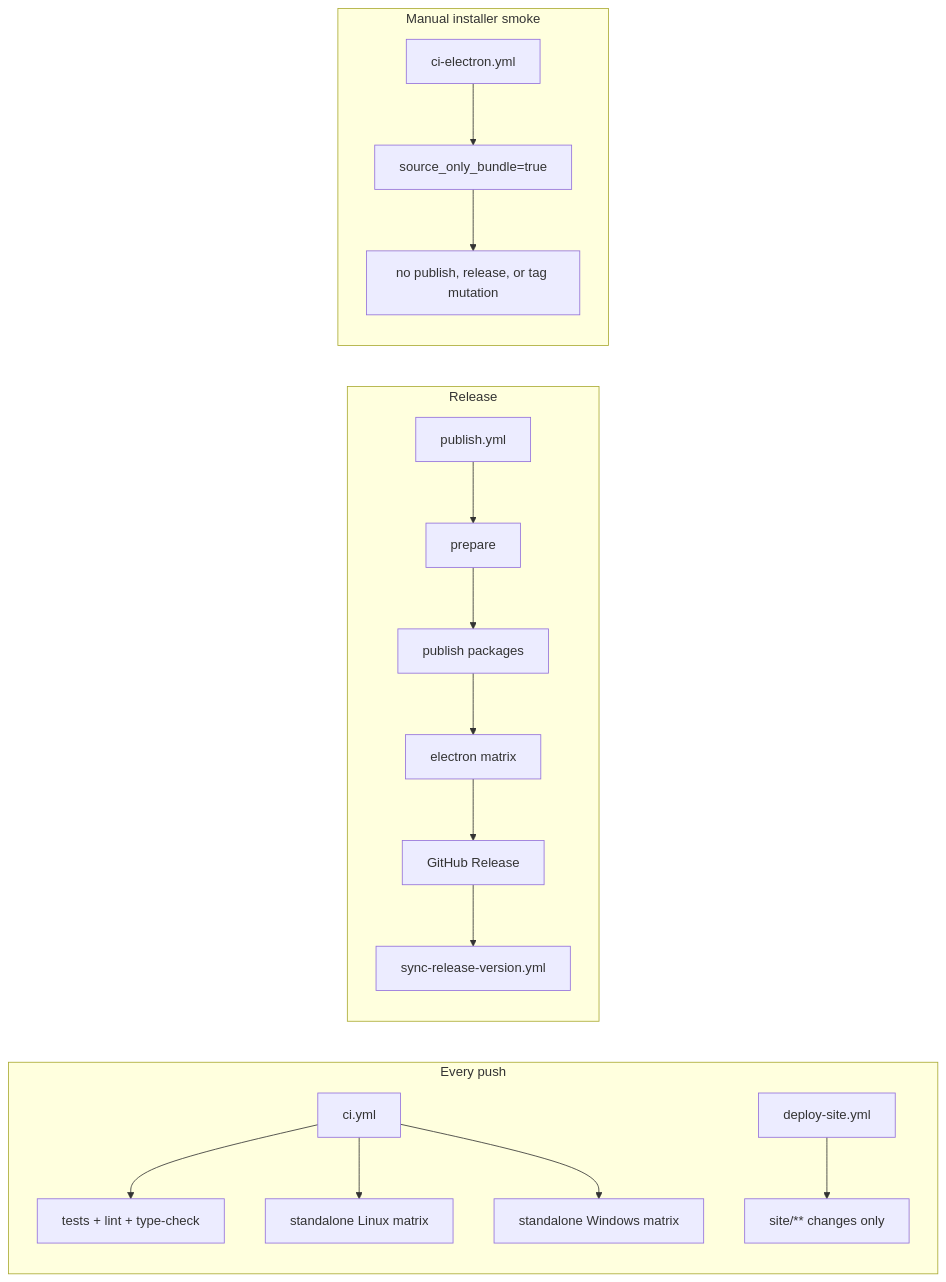
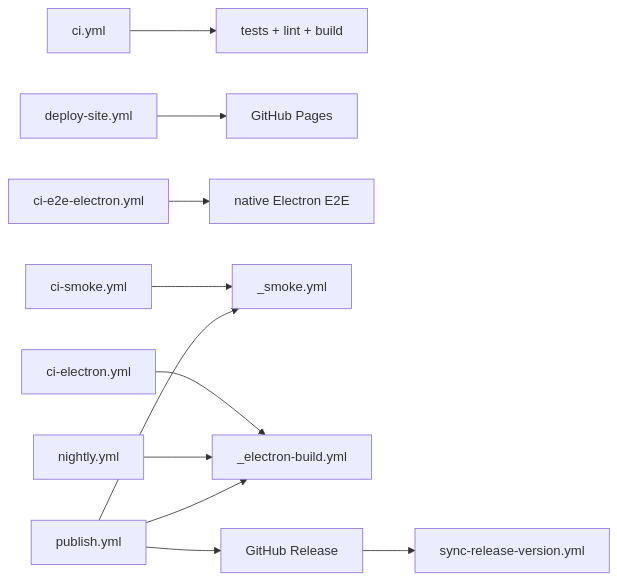
One commit to BlackBeltTechnology/pi-agent-dashboard changed the first of 3 diagrams in .pi/skills/ci-troubleshoot/SKILL.md. Above: the diagram before and after it, drawn with Mermaid. The commit also changed other lines of this file and 9 other files, not shown here.

````diff
--- a/.pi/skills/ci-troubleshoot/SKILL.md
+++ b/.pi/skills/ci-troubleshoot/SKILL.md
@@ -10,20 +10,13 @@
 ```mermaid
 flowchart LR
-  subgraph push[Every push]
-    ci[ci.yml] --> test[tests + lint + type-check]
-    ci --> linux[standalone Linux matrix]
-    ci --> windows[standalone Windows matrix]
-    site[deploy-site.yml] --> siteRule[site/** changes only]
-  end
-  subgraph release[Release]
-    publish[publish.yml] --> prepare[prepare]
-    prepare --> npmPublish[publish packages]
-    npmPublish --> electron[electron matrix]
-    electron --> githubRelease[GitHub Release]
-    githubRelease --> sync[sync-release-version.yml]
-  end
-  subgraph manual[Manual installer smoke]
-    ciElectron[ci-electron.yml] --> sourceBundle[source_only_bundle=true]
-    sourceBundle --> safe[no publish, release, or tag mutation]
-  end
+  ci[ci.yml] --> checks[tests + lint + build]
+  deploy[deploy-site.yml] --> pages[GitHub Pages]
+  native[ci-e2e-electron.yml] --> nativeTests[native Electron E2E]
+  ciSmoke[ci-smoke.yml] --> smoke[_smoke.yml]
+  publish[publish.yml] --> smoke
+  ciElectron[ci-electron.yml] --> electron[_electron-build.yml]
+  nightly[nightly.yml] --> electron
+  publish --> electron
+  publish --> release[GitHub Release]
+  release --> sync[sync-release-version.yml]
 ```
````
